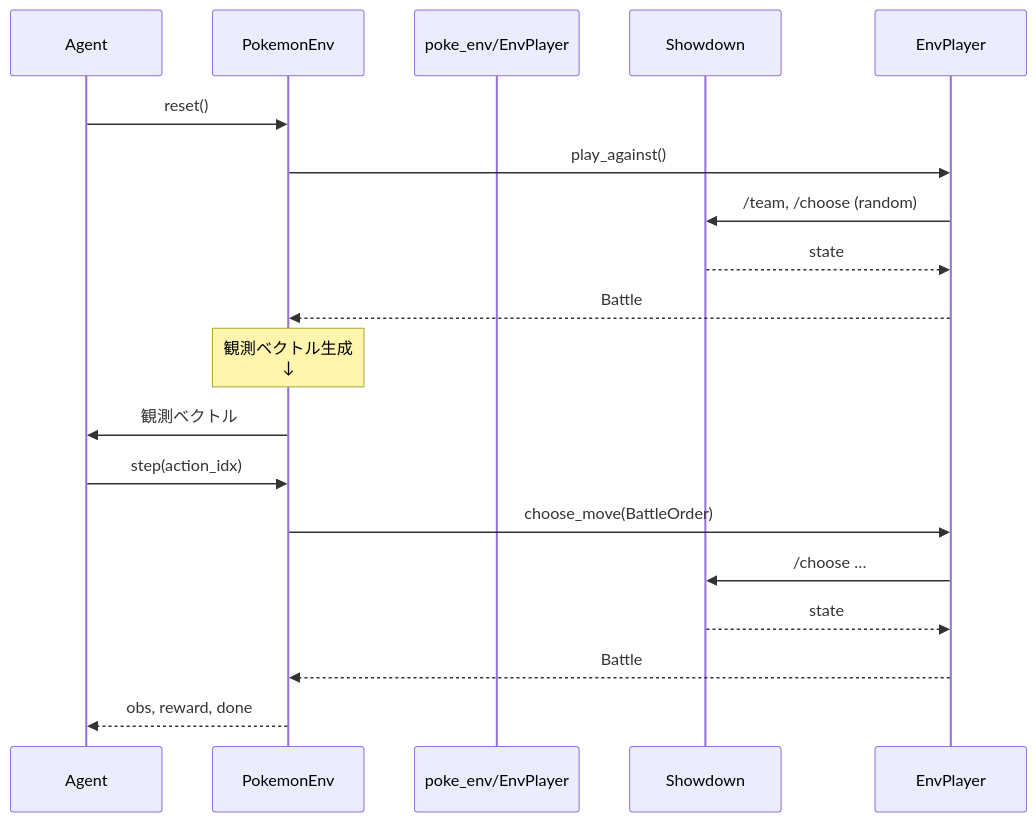
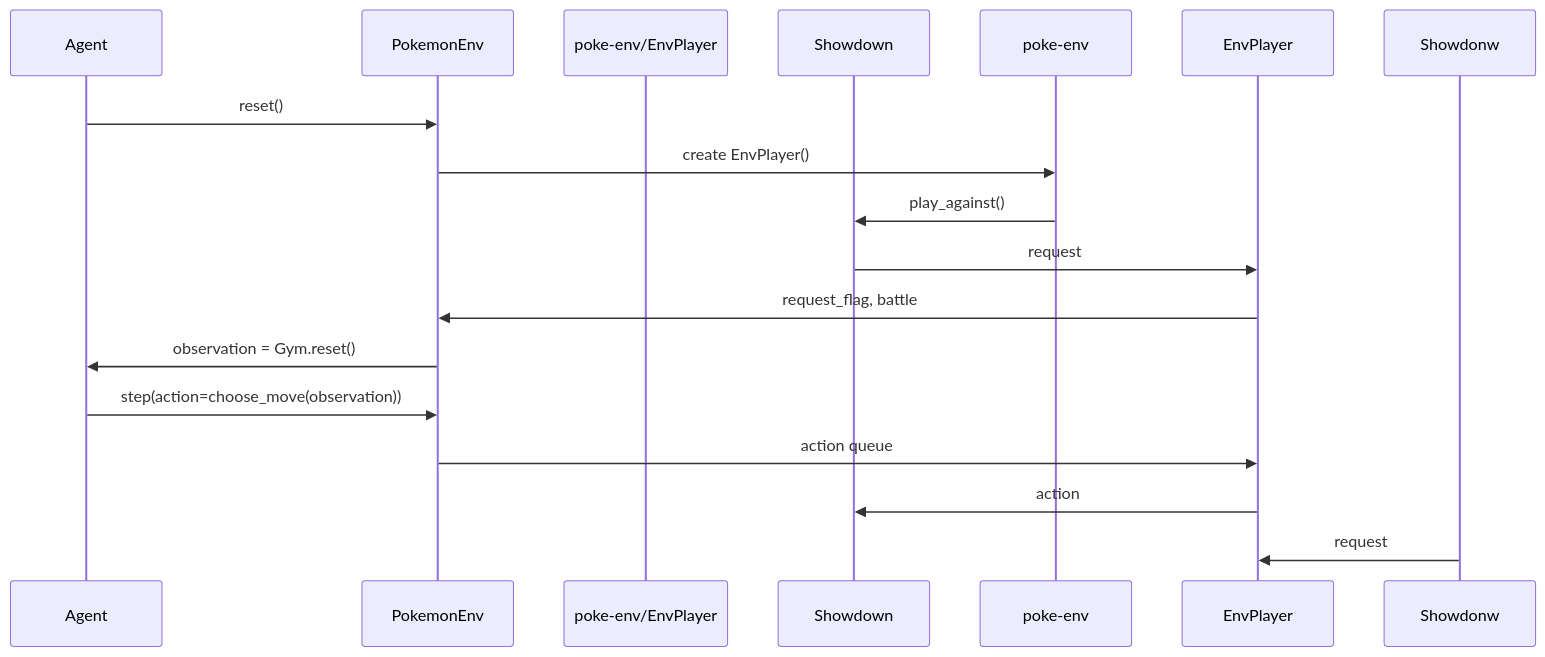
Before and after one commit to TKG1005/Maple: the diagram in docs/AI-design/PokemonEnv_Specification.md, drawn with Mermaid. The commit also changed other lines of this file, not shown here.

````diff
--- a/docs/AI-design/PokemonEnv_Specification.md
+++ b/docs/AI-design/PokemonEnv_Specification.md
@@ -82,20 +88,17 @@
 ```mermaid
 sequenceDiagram
     participant Agent
     participant PokemonEnv
-    participant poke_env/EnvPlayer
+    participant poke-env/EnvPlayer
     participant Showdown
     Agent->>PokemonEnv: reset()
-    PokemonEnv->>EnvPlayer: play_against()
-    EnvPlayer->>Showdown: /team, /choose (random)
-    Showdown-->>EnvPlayer: state
-    EnvPlayer-->>PokemonEnv: Battle
-    note over PokemonEnv: 観測ベクトル生成<br/>↓
-    PokemonEnv->>Agent: 観測ベクトル
-    Agent->>PokemonEnv: step(action_idx)
-    PokemonEnv->>EnvPlayer: choose_move(BattleOrder)
-    EnvPlayer->>Showdown: /choose …
-    Showdown-->>EnvPlayer: state
-    EnvPlayer-->>PokemonEnv: Battle
-    PokemonEnv-->>Agent: obs, reward, done
+    PokemonEnv->>poke-env: create EnvPlayer()
+    poke-env->>Showdown: play_against()
+    Showdown->>EnvPlayer: request
+    EnvPlayer->>PokemonEnv: request_flag, battle
+    PokemonEnv->>Agent: observation = Gym.reset()
+    Agent->>PokemonEnv: step(action=choose_move(observation))
+    PokemonEnv->>EnvPlayer: action queue
+    EnvPlayer->>Showdown: action
+    Showdonw->>EnvPlayer: request
 ```
````
